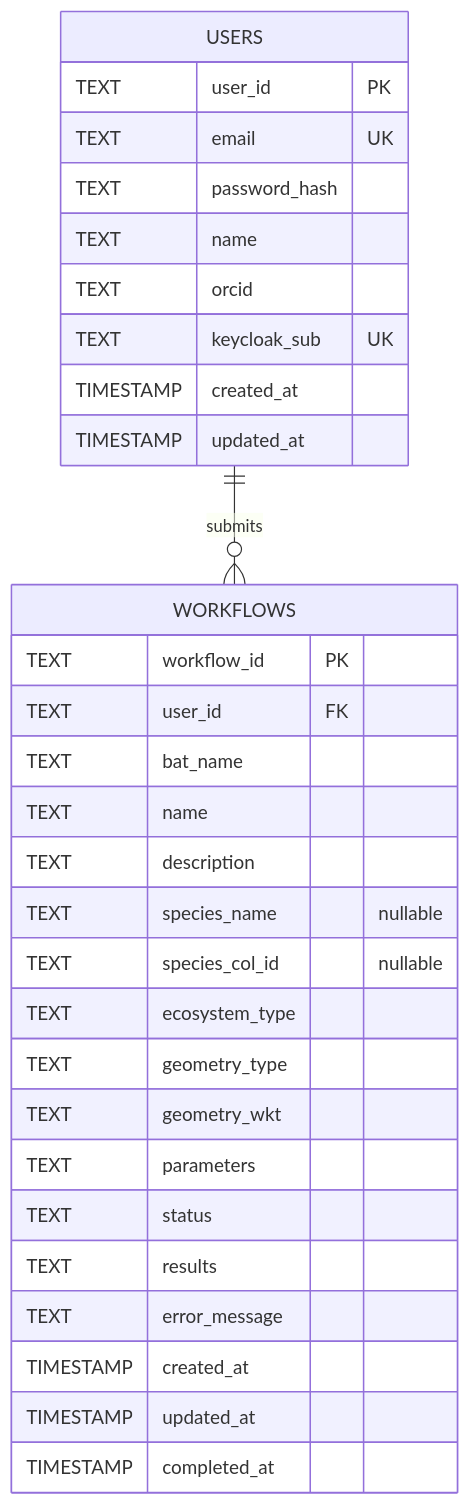
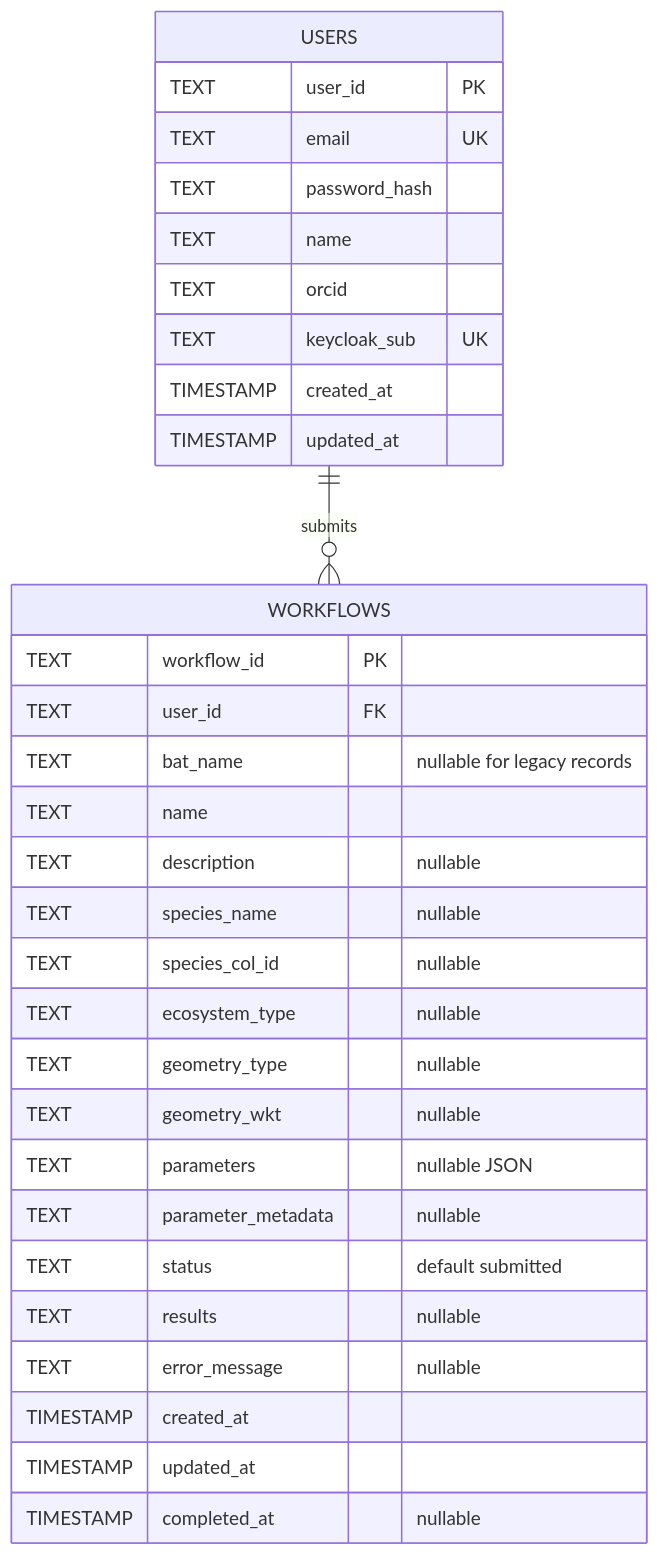
One commit to Biodiversity-Meets-Data/bat-nicegui changed the diagram in README.md. Above: the diagram before and after it, drawn with Mermaid. The commit also changed other lines of this file and 16 other files, not shown here.

Commit message:
feat: validate BAT workflow parameters from YAML templates

````diff
--- a/README.md
+++ b/README.md
@@ -222,35 +222,36 @@
 ```mermaid
 erDiagram
     USERS ||--o{ WORKFLOWS : submits
 
     USERS {
         TEXT user_id PK
         TEXT email UK
         TEXT password_hash
         TEXT name
         TEXT orcid
         TEXT keycloak_sub UK
         TIMESTAMP created_at
         TIMESTAMP updated_at
     }
 
     WORKFLOWS {
         TEXT workflow_id PK
         TEXT user_id FK
-        TEXT bat_name
+        TEXT bat_name "nullable for legacy records"
         TEXT name
-        TEXT description
+        TEXT description "nullable"
         TEXT species_name "nullable"
         TEXT species_col_id "nullable"
-        TEXT ecosystem_type
-        TEXT geometry_type
-        TEXT geometry_wkt
-        TEXT parameters
-        TEXT status
-        TEXT results
-        TEXT error_message
+        TEXT ecosystem_type "nullable"
+        TEXT geometry_type "nullable"
+        TEXT geometry_wkt "nullable"
+        TEXT parameters "nullable JSON"
+        TEXT parameter_metadata "nullable"
+        TEXT status "default submitted"
+        TEXT results "nullable"
+        TEXT error_message "nullable"
         TIMESTAMP created_at
         TIMESTAMP updated_at
-        TIMESTAMP completed_at
+        TIMESTAMP completed_at "nullable"
     }
 ```
````
